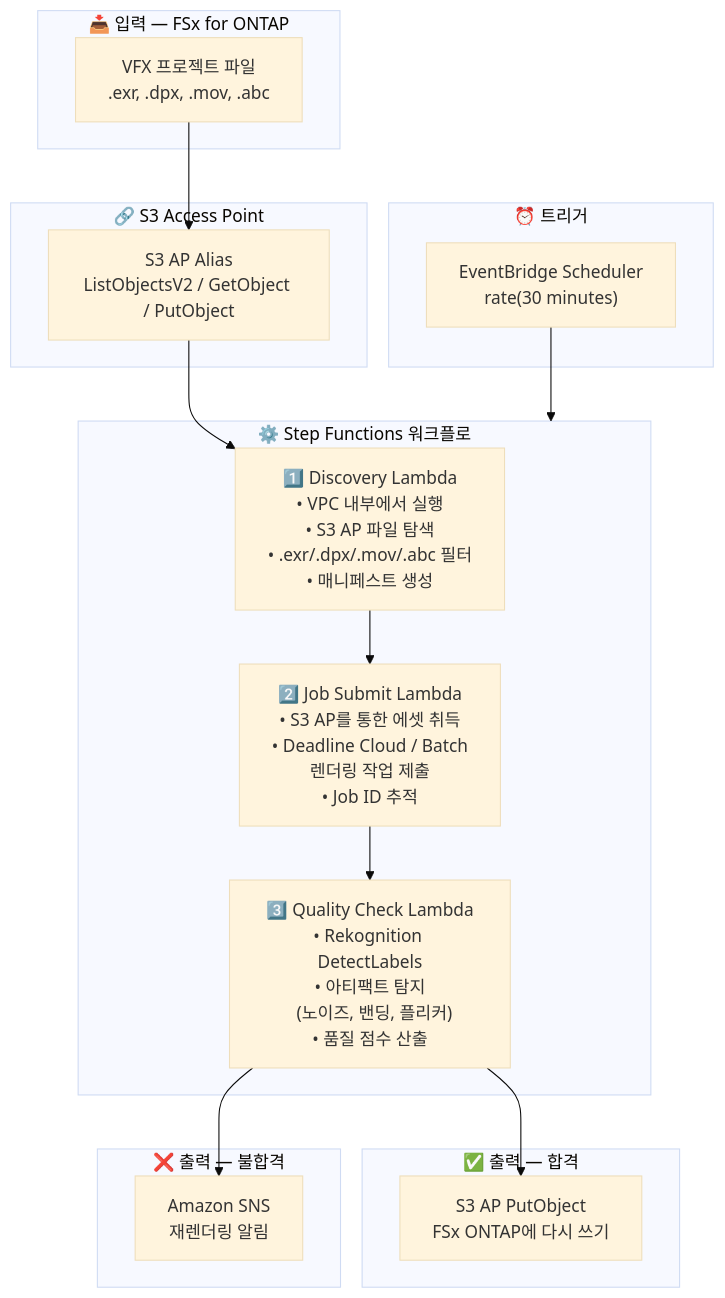
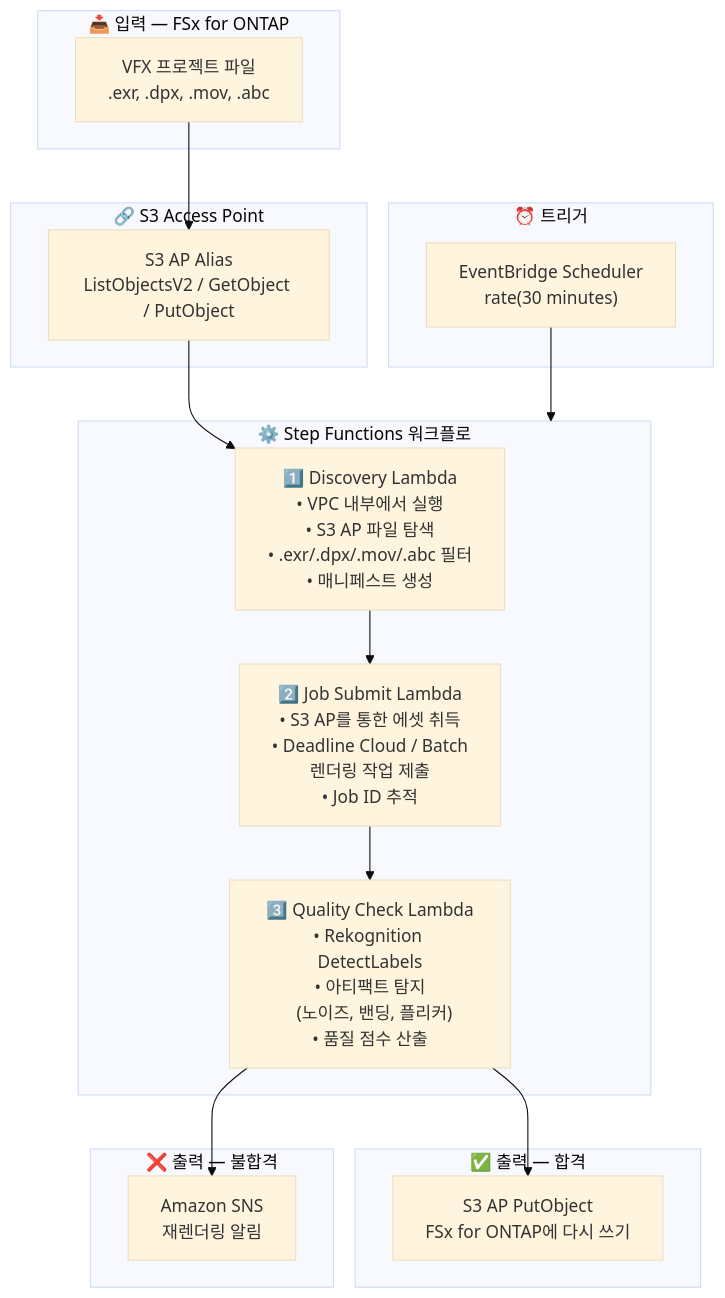
One commit to Yoshiki0705/FSx-for-ONTAP-S3AccessPoints-Serverless-Patterns changed the diagram in media-vfx/docs/architecture.ko.md. Above: the diagram before and after it, drawn with Mermaid (base theme). The commit also changed other lines of this file and 752 other files, not shown here.

````diff
--- a/media-vfx/docs/architecture.ko.md
+++ b/media-vfx/docs/architecture.ko.md
@@ -11,36 +11,36 @@
 ```mermaid
 flowchart TB
     subgraph INPUT["📥 입력 — FSx for ONTAP"]
         VFX["VFX 프로젝트 파일<br/>.exr, .dpx, .mov, .abc"]
     end
 
     subgraph S3AP["🔗 S3 Access Point"]
         ALIAS["S3 AP Alias<br/>ListObjectsV2 / GetObject / PutObject"]
     end
 
     subgraph TRIGGER["⏰ 트리거"]
         EB["EventBridge Scheduler<br/>rate(30 minutes)"]
     end
 
     subgraph SFN["⚙️ Step Functions 워크플로"]
         DISC["1️⃣ Discovery Lambda<br/>• VPC 내부에서 실행<br/>• S3 AP 파일 탐색<br/>• .exr/.dpx/.mov/.abc 필터<br/>• 매니페스트 생성"]
         JS["2️⃣ Job Submit Lambda<br/>• S3 AP를 통한 에셋 취득<br/>• Deadline Cloud / Batch<br/>  렌더링 작업 제출<br/>• Job ID 추적"]
         QC["3️⃣ Quality Check Lambda<br/>• Rekognition DetectLabels<br/>• 아티팩트 탐지<br/>  (노이즈, 밴딩, 플리커)<br/>• 품질 점수 산출"]
     end
 
     subgraph OUTPUT_PASS["✅ 출력 — 합격"]
-        PUTBACK["S3 AP PutObject<br/>FSx ONTAP에 다시 쓰기"]
+        PUTBACK["S3 AP PutObject<br/>FSx for ONTAP에 다시 쓰기"]
     end
 
     subgraph OUTPUT_FAIL["❌ 출력 — 불합격"]
         SNS["Amazon SNS<br/>재렌더링 알림"]
     end
 
     VFX --> ALIAS
     ALIAS --> DISC
     EB --> SFN
     DISC --> JS
     JS --> QC
     QC --> PUTBACK
     QC --> SNS
 ```
````
